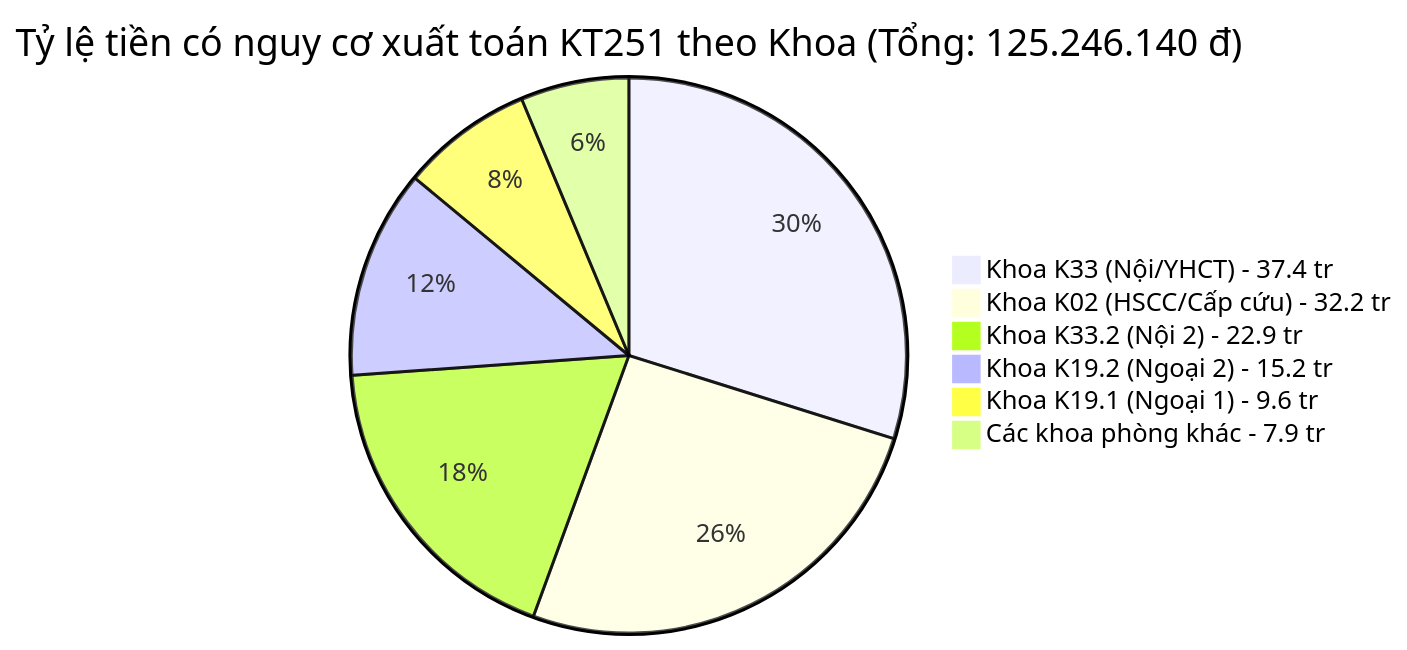
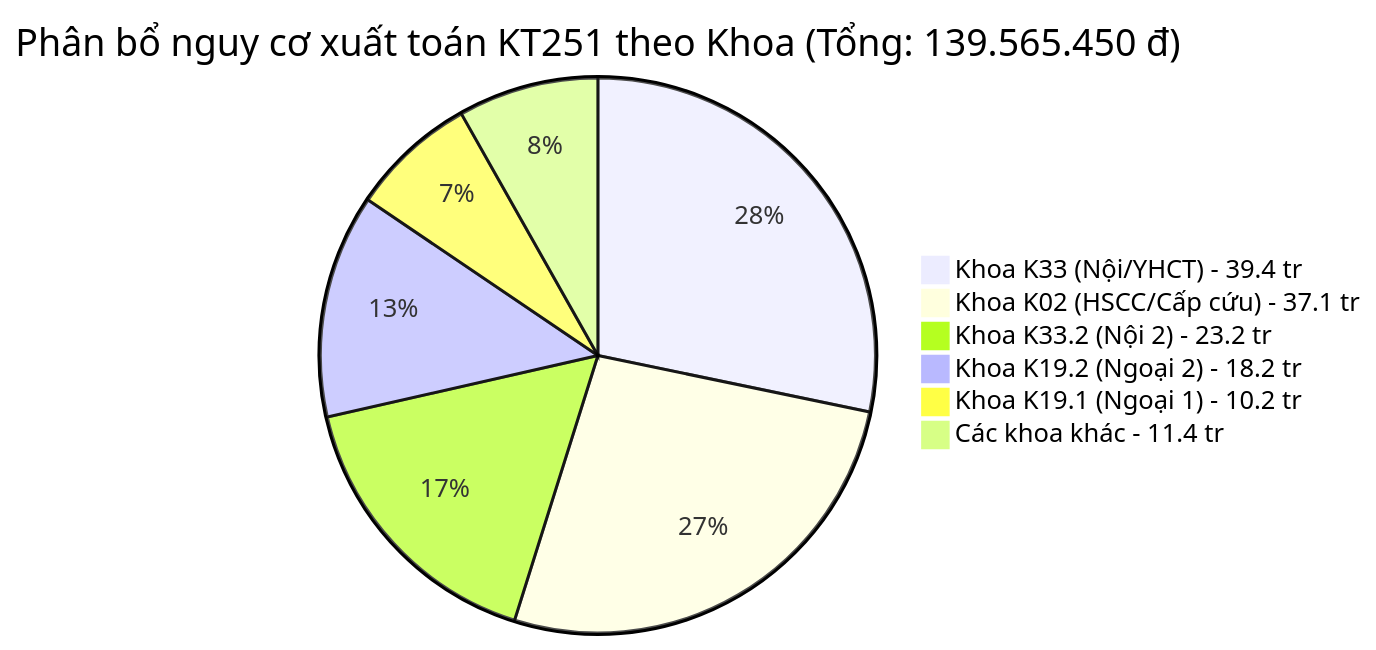
The first of 2 diagrams in BAO_CAO_RA_SOAT_TIEN_GIUONG_VA_GIUONG_GHEP_T11_2026.md (Nsnnam/xml3-duration-checker), drawn with Mermaid before and after one commit. The commit also changed other lines of this file and 20 other files, not shown here.

````diff
--- a/BAO_CAO_RA_SOAT_TIEN_GIUONG_VA_GIUONG_GHEP_T11_2026.md
+++ b/BAO_CAO_RA_SOAT_TIEN_GIUONG_VA_GIUONG_GHEP_T11_2026.md
@@ -55,9 +57,9 @@
 ```mermaid
-pie title Tỷ lệ tiền có nguy cơ xuất toán KT251 theo Khoa (Tổng: 125.246.140 đ)
-    "Khoa K33 (Nội/YHCT) - 37.4 tr": 37.38
-    "Khoa K02 (HSCC/Cấp cứu) - 32.2 tr": 32.24
-    "Khoa K33.2 (Nội 2) - 22.9 tr": 22.89
-    "Khoa K19.2 (Ngoại 2) - 15.2 tr": 15.23
-    "Khoa K19.1 (Ngoại 1) - 9.6 tr": 9.62
-    "Các khoa phòng khác - 7.9 tr": 7.89
+pie title Phân bổ nguy cơ xuất toán KT251 theo Khoa (Tổng: 139.565.450 đ)
+    "Khoa K33 (Nội/YHCT) - 39.4 tr": 39.45
+    "Khoa K02 (HSCC/Cấp cứu) - 37.1 tr": 37.11
+    "Khoa K33.2 (Nội 2) - 23.2 tr": 23.15
+    "Khoa K19.2 (Ngoại 2) - 18.2 tr": 18.19
+    "Khoa K19.1 (Ngoại 1) - 10.2 tr": 10.25
+    "Các khoa khác - 11.4 tr": 11.42
 ```
````
